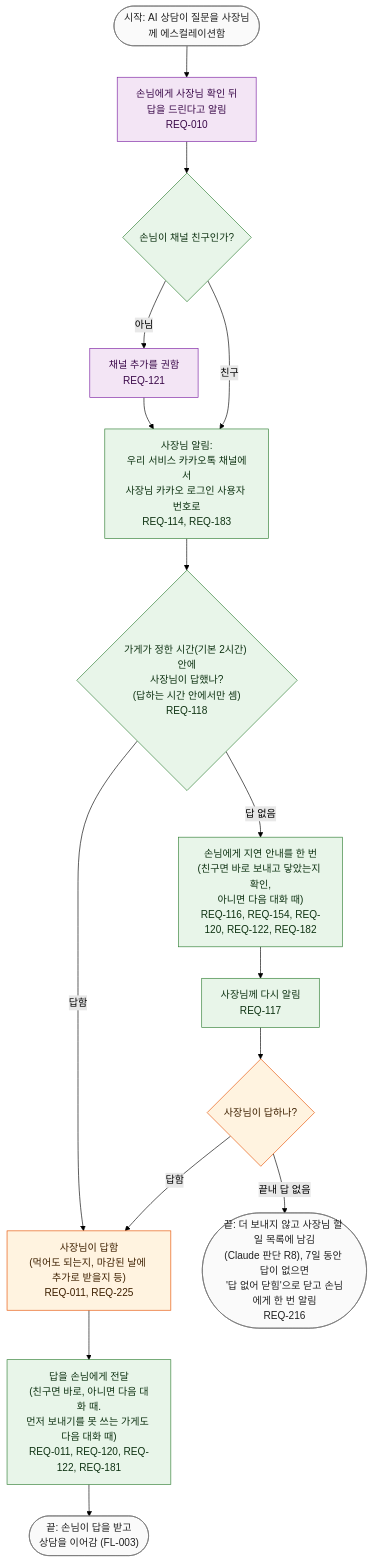
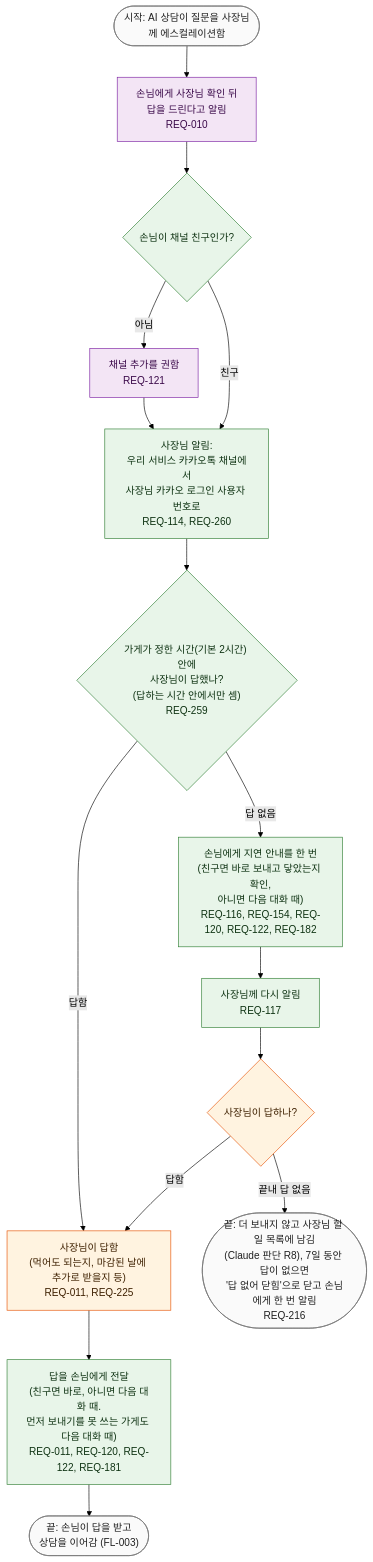
The diagram in docs/03-user-flow/FL-005-handed-off-question.md (kodonghui/siljang.ai), drawn with Mermaid (forest theme) before and after one commit. The commit also changed other lines of this file and 10 other files, not shown here.

First line of the commit message:
설계 재검토 낮음 K1 (2/4): 03 플로우 노드의 바뀐 번호와 새 번호(REQ-255~262)

````diff
--- a/docs/03-user-flow/FL-005-handed-off-question.md
+++ b/docs/03-user-flow/FL-005-handed-off-question.md
@@ -20,35 +20,35 @@
 ```mermaid
 flowchart TD
   S(["시작: AI 상담이 질문을 사장님께 에스컬레이션함"])
   H1["손님에게 사장님 확인 뒤<br/>답을 드린다고 알림<br/>REQ-010"]
   D1{"손님이 채널 친구인가?"}
   H2["채널 추가를 권함<br/>REQ-121"]
-  H3["사장님 알림:<br/>우리 서비스 카카오톡 채널에서<br/>사장님 카카오 로그인 사용자 번호로<br/>REQ-114, REQ-183"]
-  D2{"가게가 정한 시간(기본 2시간) 안에<br/>사장님이 답했나?<br/>(답하는 시간 안에서만 셈)<br/>REQ-118"}
+  H3["사장님 알림:<br/>우리 서비스 카카오톡 채널에서<br/>사장님 카카오 로그인 사용자 번호로<br/>REQ-114, REQ-260"]
+  D2{"가게가 정한 시간(기본 2시간) 안에<br/>사장님이 답했나?<br/>(답하는 시간 안에서만 셈)<br/>REQ-259"}
   H4["손님에게 지연 안내를 한 번<br/>(친구면 바로 보내고 닿았는지 확인,<br/>아니면 다음 대화 때)<br/>REQ-116, REQ-154, REQ-120, REQ-122, REQ-182"]
   H5["사장님께 다시 알림<br/>REQ-117"]
   D3{"사장님이 답하나?"}
   E0(["끝: 더 보내지 않고 사장님 할 일 목록에 남김<br/>(Claude 판단 R8), 7일 동안 답이 없으면<br/>'답 없어 닫힘'으로 닫고 손님에게 한 번 알림<br/>REQ-216"])
   H6["사장님이 답함<br/>(먹어도 되는지, 마감된 날에 추가로 받을지 등)<br/>REQ-011, REQ-225"]
   H7["답을 손님에게 전달<br/>(친구면 바로, 아니면 다음 대화 때.<br/>먼저 보내기를 못 쓰는 가게도 다음 대화 때)<br/>REQ-011, REQ-120, REQ-122, REQ-181"]
   E1(["끝: 손님이 답을 받고<br/>상담을 이어감 (FL-003)"])
 
   S --> H1 --> D1
   D1 -->|"아님"| H2 --> H3
   D1 -->|"친구"| H3
   H3 --> D2
   D2 -->|"답함"| H6
   D2 -->|"답 없음"| H4 --> H5 --> D3
   D3 -->|"답함"| H6
   D3 -->|"끝내 답 없음"| E0
   H6 --> H7 --> E1
 
   classDef owner fill:#fff3e0,stroke:#e65100,color:#3e2000
   classDef ai fill:#f3e5f5,stroke:#7b1fa2,color:#3b0a4a
   classDef svc fill:#e8f5e9,stroke:#2e7d32,color:#0f3313
   classDef term fill:#fafafa,stroke:#757575,color:#212121
   class D3,H6 owner
   class H1,H2 ai
   class D1,H3,D2,H4,H5,H7 svc
   class S,E0,E1 term
 ```
````
